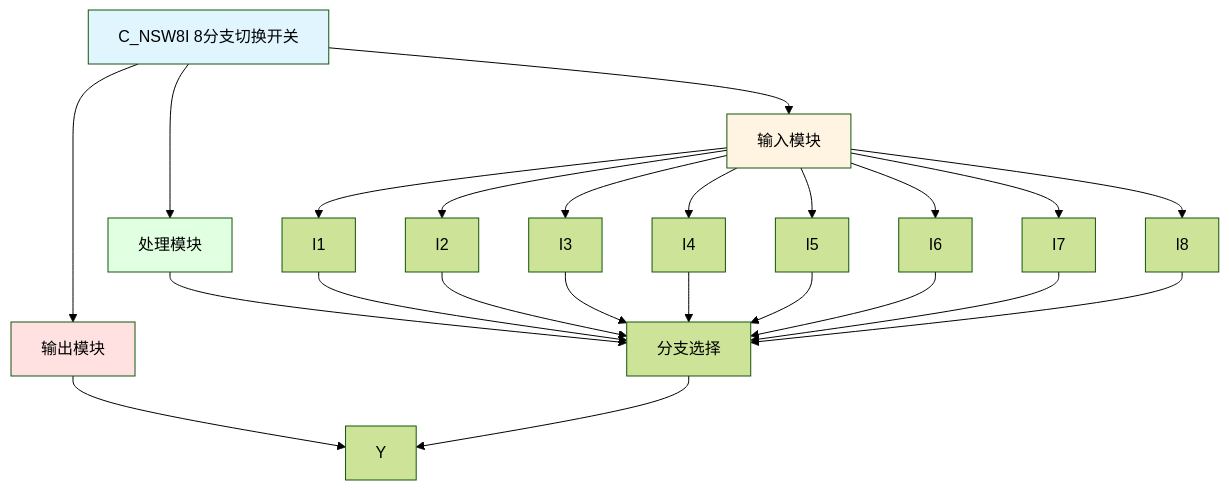
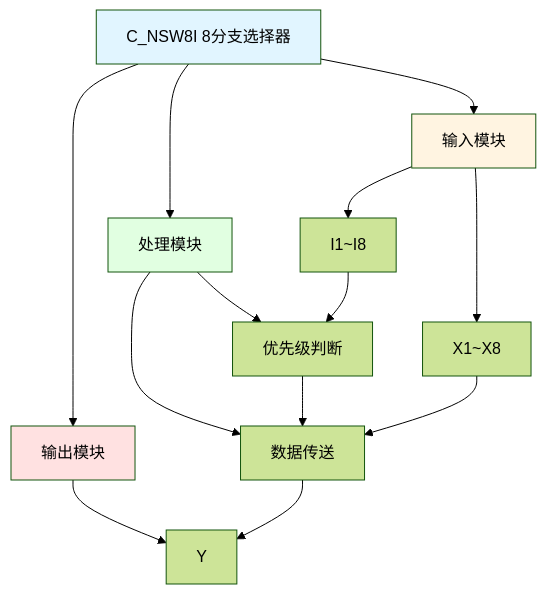
The diagram in C_NSW8I_分析报告.md (dlgt6/c), drawn with Mermaid (forest theme) before and after one commit. The commit also changed other lines of this file and 46 other files, not shown here.

````diff
--- a/C_NSW8I_分析报告.md
+++ b/C_NSW8I_分析报告.md
@@ -19,34 +32,24 @@
 ```mermaid
 graph TD
-    A[C_NSW8I 8分支切换开关] --> B[输入模块]
+    A[C_NSW8I 8分支选择器] --> B[输入模块]
     A --> C[处理模块]
     A --> D[输出模块]
     
-    B --> B1[I1]
-    B --> B2[I2]
-    B --> B3[I3]
-    B --> B4[I4]
-    B --> B5[I5]
-    B --> B6[I6]
-    B --> B7[I7]
-    B --> B8[I8]
+    B --> B1[X1~X8]
+    B --> B2[I1~I8]
     
-    C --> C1[分支选择]
+    C --> C1[优先级判断]
+    C --> C2[数据传送]
     
     D --> D1[Y]
     
-    B1 --> C1
     B2 --> C1
-    B3 --> C1
-    B4 --> C1
-    B5 --> C1
-    B6 --> C1
-    B7 --> C1
-    B8 --> C1
-    C1 --> D1
+    C1 --> C2
+    B1 --> C2
+    C2 --> D1
     
     style A fill:#e1f5ff
     style B fill:#fff4e1
     style C fill:#e1ffe1
     style D fill:#ffe1e1
 ```
````
